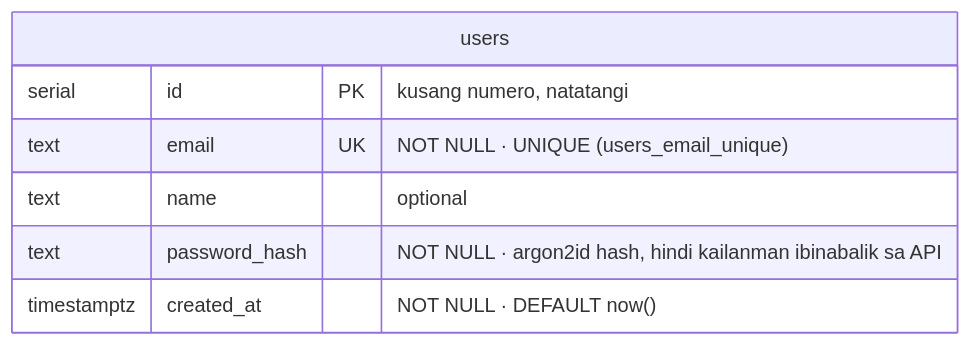
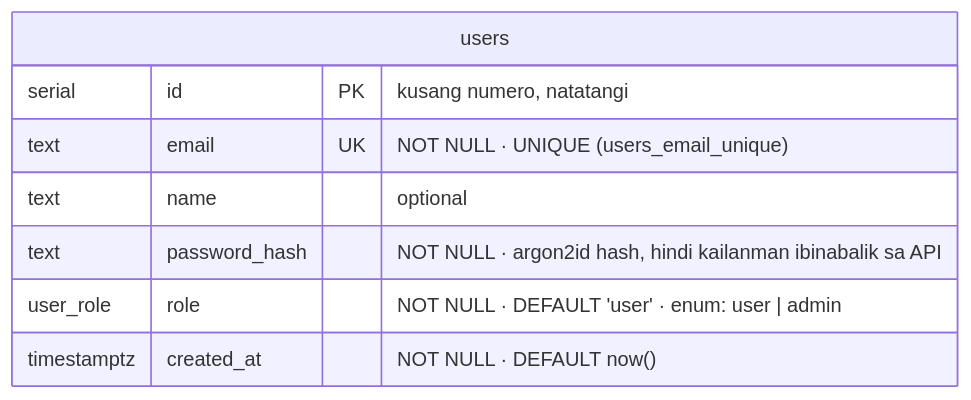
The first of 2 diagrams in docs/diagrams/02-er-diagram.md (nelson1869-ai/auth-learning), drawn with Mermaid before and after one commit. The commit also changed other lines of this file and 12 other files, not shown here.

First line of the commit message:
feat: user roles (user/admin) and a set-role script instead of a seeded admin (Day 45)

````diff
--- a/docs/diagrams/02-er-diagram.md
+++ b/docs/diagrams/02-er-diagram.md
@@ -13,10 +13,11 @@
 ```mermaid
 erDiagram
     users {
         serial id PK "kusang numero, natatangi"
         text email UK "NOT NULL · UNIQUE (users_email_unique)"
         text name "optional"
         text password_hash "NOT NULL · argon2id hash, hindi kailanman ibinabalik sa API"
+        user_role role "NOT NULL · DEFAULT 'user' · enum: user | admin"
         timestamptz created_at "NOT NULL · DEFAULT now()"
     }
 ```
````
